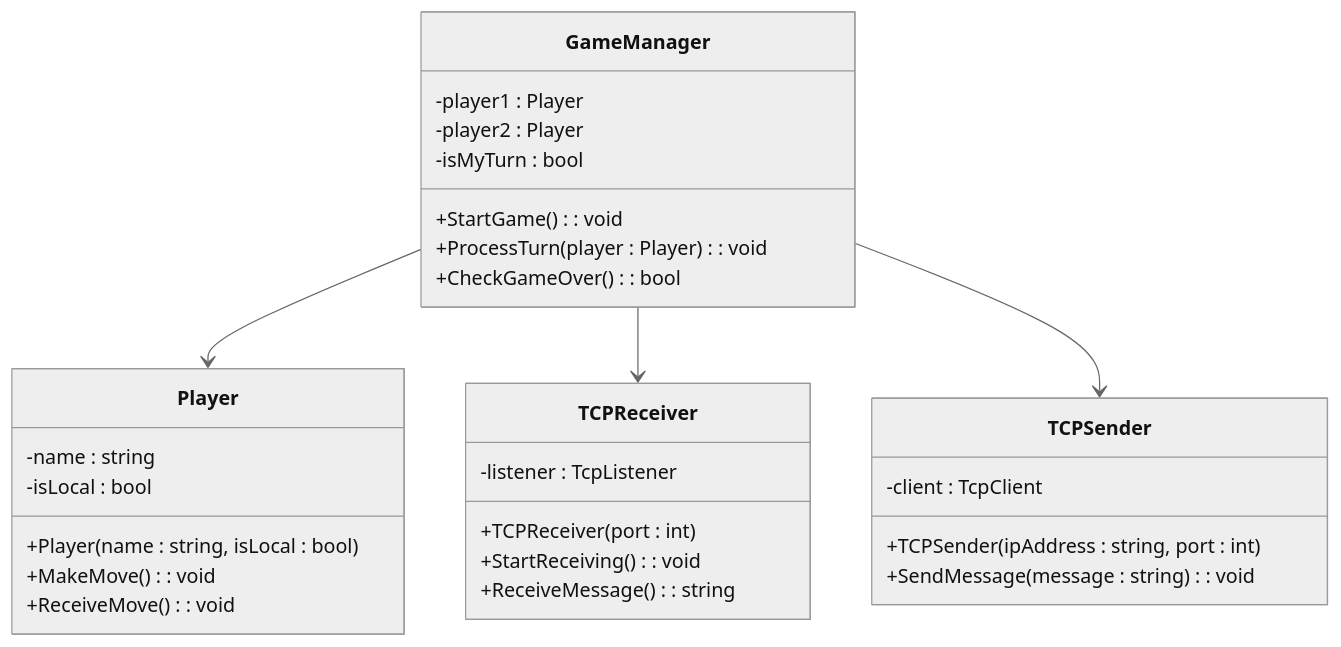
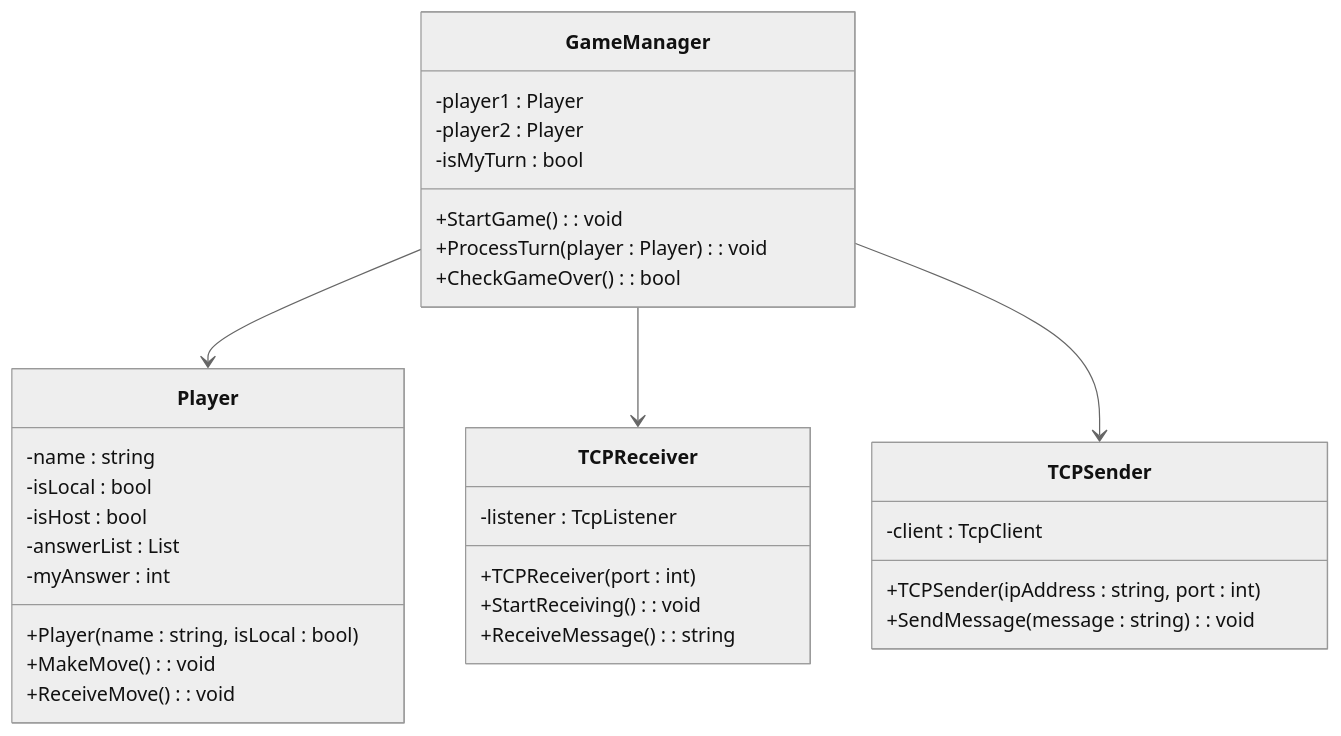
Before and after one commit to sususuzukikento/BattleGame: the diagram in README.md, drawn with Mermaid (neutral theme). The commit also changed other lines of this file, not shown here.

Commit message:
#18#19_ReadMEのクラス図の変更と開発ルールの追加

````diff
--- a/README.md
+++ b/README.md
@@ -25,36 +37,39 @@
 ```mermaid
 classDiagram
     class GameManager {
         -player1 : Player
         -player2 : Player
         -isMyTurn : bool
         +StartGame() : void
         +ProcessTurn(player : Player) : void
         +CheckGameOver() : bool
     }
 
     class TCPReceiver {
         -listener : TcpListener
         +TCPReceiver(port : int)
         +StartReceiving() : void
         +ReceiveMessage() : string
     }
 
     class TCPSender {
         -client : TcpClient
         +TCPSender(ipAddress : string, port : int)
         +SendMessage(message : string) : void
     }
 
     class Player {
         -name : string
         -isLocal : bool
+        -isHost : bool
+        -answerList : List<int>
+        -myAnswer : int
         +Player(name : string, isLocal : bool)
         +MakeMove() : void
         +ReceiveMove() : void
     }
 
     GameManager --> Player
     GameManager --> TCPReceiver
     GameManager --> TCPSender
 ```
````
